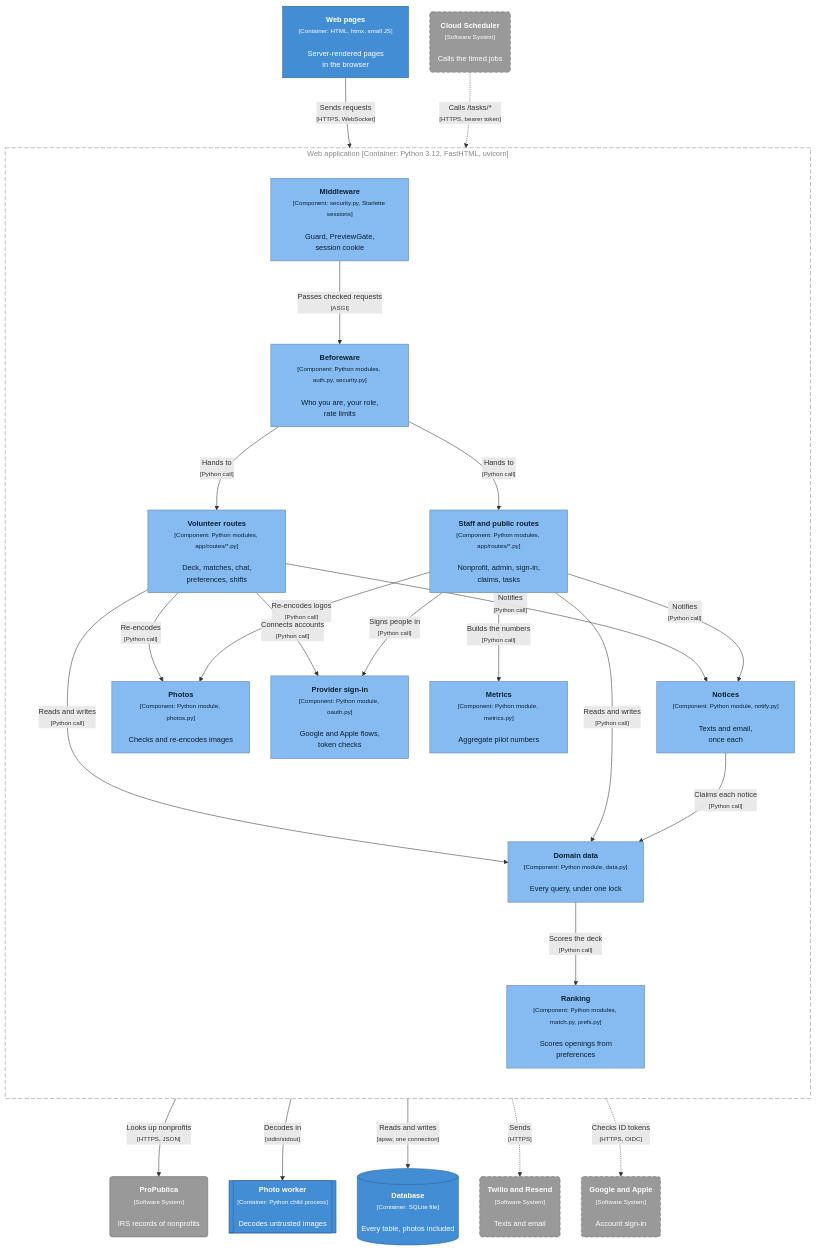
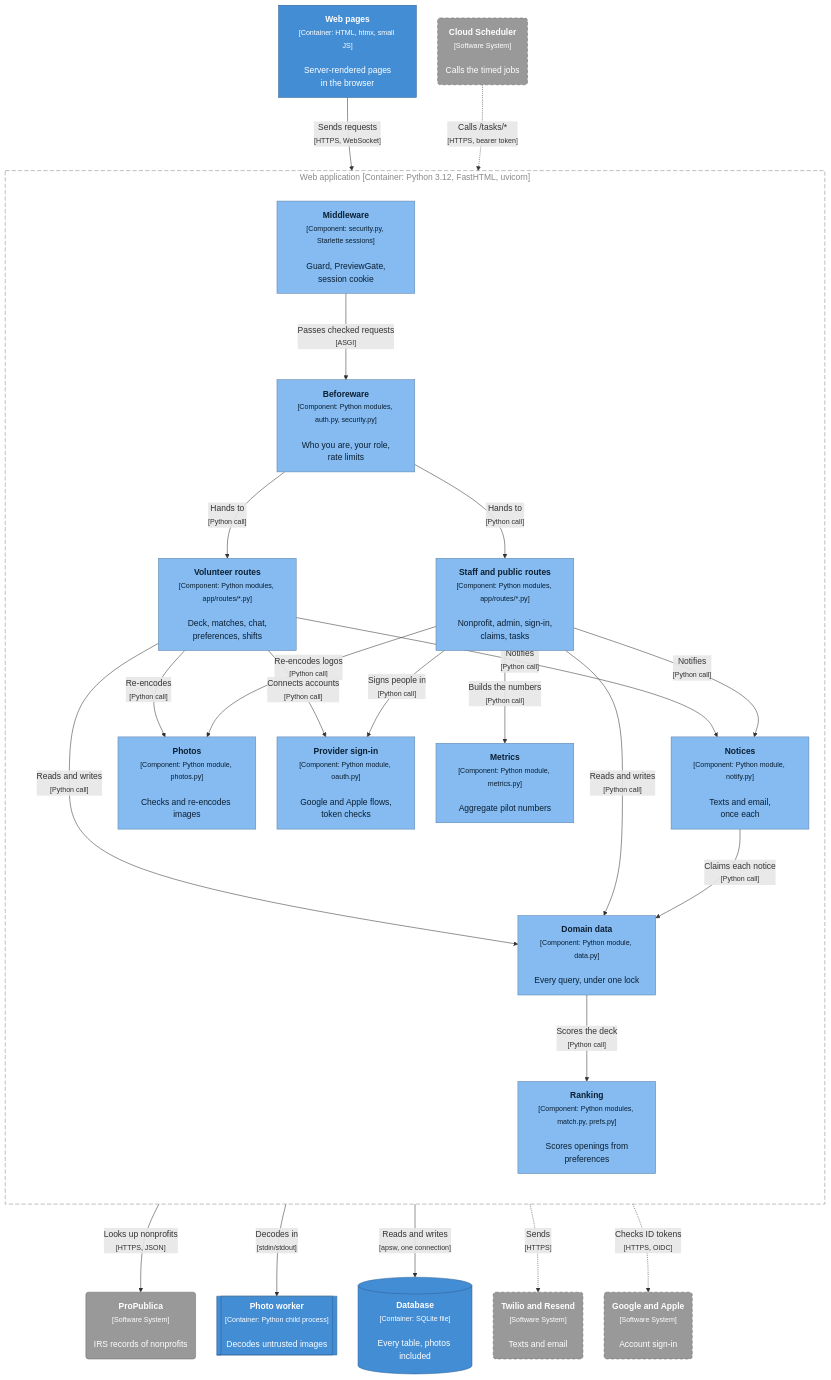
The fourth of 25 diagrams in docs/ARCHITECTURE.md (slegroux/causematch), drawn with Mermaid before and after one commit. The commit also changed other lines of this file, not shown here.

Commit message:
Architecture doc: drop the 14px diagram font size, which GitHub clips on arrow labels

````diff
--- a/docs/ARCHITECTURE.md
+++ b/docs/ARCHITECTURE.md
@@ -203,58 +203,58 @@
 ```mermaid
-%%{init: {"flowchart": {"curve": "basis", "nodeSpacing": 40, "rankSpacing": 90}, "themeVariables": {"fontFamily": "Helvetica, Arial, sans-serif", "fontSize": "14px"}}}%%
+%%{init: {"flowchart": {"curve": "basis", "nodeSpacing": 40, "rankSpacing": 90}, "themeVariables": {"fontFamily": "Helvetica, Arial, sans-serif"}}}%%
 flowchart TB
     ui["<b>Web pages</b><br/><small>[Container: HTML, htmx, small JS]</small><br/><br/>Server-rendered pages<br/>in the browser"]
 
     subgraph app["Web application [Container: Python 3.12, FastHTML, uvicorn]"]
         direction TB
         mw["<b>Middleware</b><br/><small>[Component: security.py, Starlette sessions]</small><br/><br/>Guard, PreviewGate,<br/>session cookie"]
         bw["<b>Beforeware</b><br/><small>[Component: Python modules, auth.py, security.py]</small><br/><br/>Who you are, your role,<br/>rate limits"]
         rv["<b>Volunteer routes</b><br/><small>[Component: Python modules, app/routes/*.py]</small><br/><br/>Deck, matches, chat,<br/>preferences, shifts"]
         rs["<b>Staff and public routes</b><br/><small>[Component: Python modules, app/routes/*.py]</small><br/><br/>Nonprofit, admin, sign-in,<br/>claims, tasks"]
         data["<b>Domain data</b><br/><small>[Component: Python module, data.py]</small><br/><br/>Every query, under one lock"]
         rank["<b>Ranking</b><br/><small>[Component: Python modules, match.py, prefs.py]</small><br/><br/>Scores openings from<br/>preferences"]
         notify["<b>Notices</b><br/><small>[Component: Python module, notify.py]</small><br/><br/>Texts and email,<br/>once each"]
         photos["<b>Photos</b><br/><small>[Component: Python module, photos.py]</small><br/><br/>Checks and re-encodes images"]
         oauth["<b>Provider sign-in</b><br/><small>[Component: Python module, oauth.py]</small><br/><br/>Google and Apple flows,<br/>token checks"]
         metrics["<b>Metrics</b><br/><small>[Component: Python module, metrics.py]</small><br/><br/>Aggregate pilot numbers"]
     end
 
     worker[["<b>Photo worker</b><br/><small>[Container: Python child process]</small><br/><br/>Decodes untrusted images"]]
     db[("<b>Database</b><br/><small>[Container: SQLite file]</small><br/><br/>Every table, photos included")]
     msg("<b>Twilio and Resend</b><br/><small>[Software System]</small><br/><br/>Texts and email")
     idp("<b>Google and Apple</b><br/><small>[Software System]</small><br/><br/>Account sign-in")
     pp("<b>ProPublica</b><br/><small>[Software System]</small><br/><br/>IRS records of nonprofits")
     sched("<b>Cloud Scheduler</b><br/><small>[Software System]</small><br/><br/>Calls the timed jobs")
 
     ui -- "Sends requests<br/><small>[HTTPS, WebSocket]</small>" --> mw
     sched -. "Calls /tasks/*<br/><small>[HTTPS, bearer token]</small>" .-> mw
     mw -- "Passes checked requests<br/><small>[ASGI]</small>" --> bw
     bw -- "Hands to<br/><small>[Python call]</small>" --> rv
     bw -- "Hands to<br/><small>[Python call]</small>" --> rs
     rv -- "Reads and writes<br/><small>[Python call]</small>" --> data
     rs -- "Reads and writes<br/><small>[Python call]</small>" --> data
     rv -- "Notifies<br/><small>[Python call]</small>" --> notify
     rs -- "Notifies<br/><small>[Python call]</small>" --> notify
     rv -- "Re-encodes<br/><small>[Python call]</small>" --> photos
     rs -- "Re-encodes logos<br/><small>[Python call]</small>" --> photos
     rv -- "Connects accounts<br/><small>[Python call]</small>" --> oauth
     rs -- "Signs people in<br/><small>[Python call]</small>" --> oauth
     rs -- "Builds the numbers<br/><small>[Python call]</small>" --> metrics
     rs -- "Looks up nonprofits<br/><small>[HTTPS, JSON]</small>" --> pp
     data -- "Scores the deck<br/><small>[Python call]</small>" --> rank
     notify -- "Claims each notice<br/><small>[Python call]</small>" --> data
     photos -- "Decodes in<br/><small>[stdin/stdout]</small>" --> worker
     data -- "Reads and writes<br/><small>[apsw, one connection]</small>" --> db
     notify -. "Sends<br/><small>[HTTPS]</small>" .-> msg
     oauth -. "Checks ID tokens<br/><small>[HTTPS, OIDC]</small>" .-> idp
 
     classDef container fill:#438dd5,stroke:#2e6295,color:#ffffff
     classDef component fill:#85bbf0,stroke:#5d82a8,color:#0b1f33
     classDef external fill:#999999,stroke:#6b6b6b,color:#ffffff
     classDef planned fill:#999999,stroke:#6b6b6b,color:#ffffff,stroke-dasharray:6 4
     class ui,worker,db container
     class mw,bw,rv,rs,data,rank,notify,photos,oauth,metrics component
     class pp external
     class msg,idp,sched planned
     style app fill:none,stroke:#888888,stroke-dasharray:8 4,color:#888888
 ```
````
